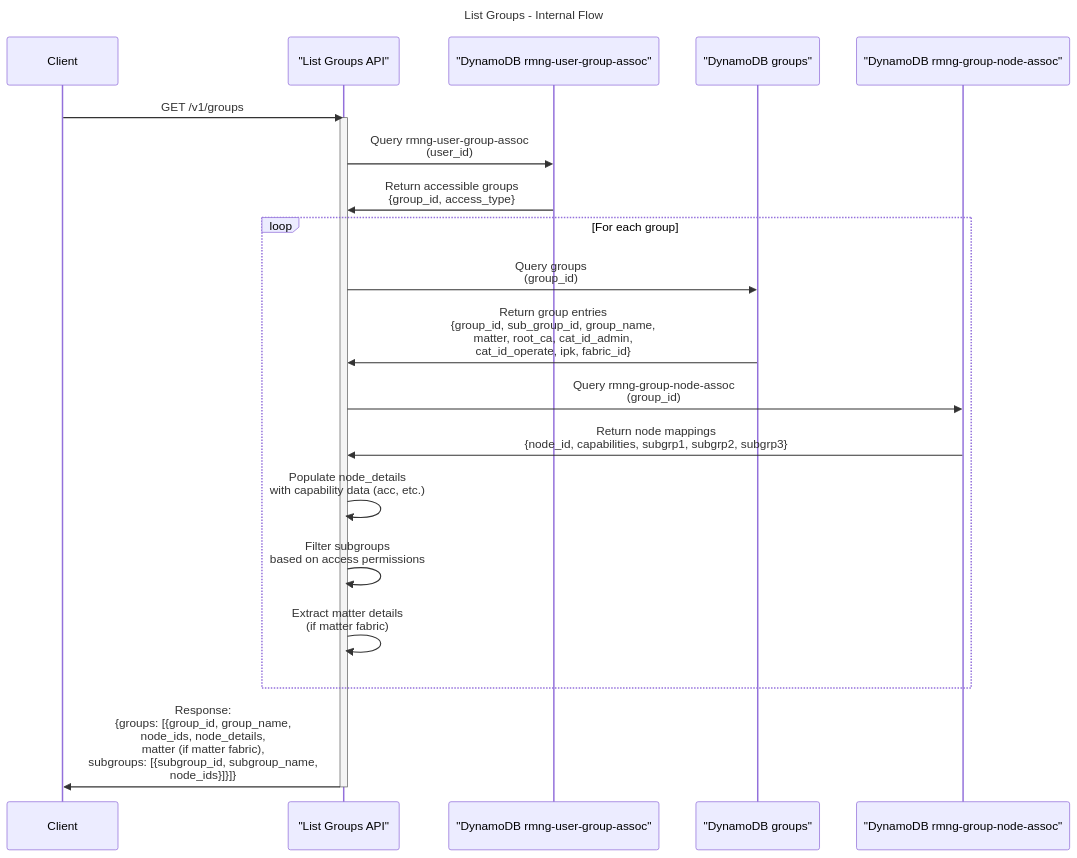
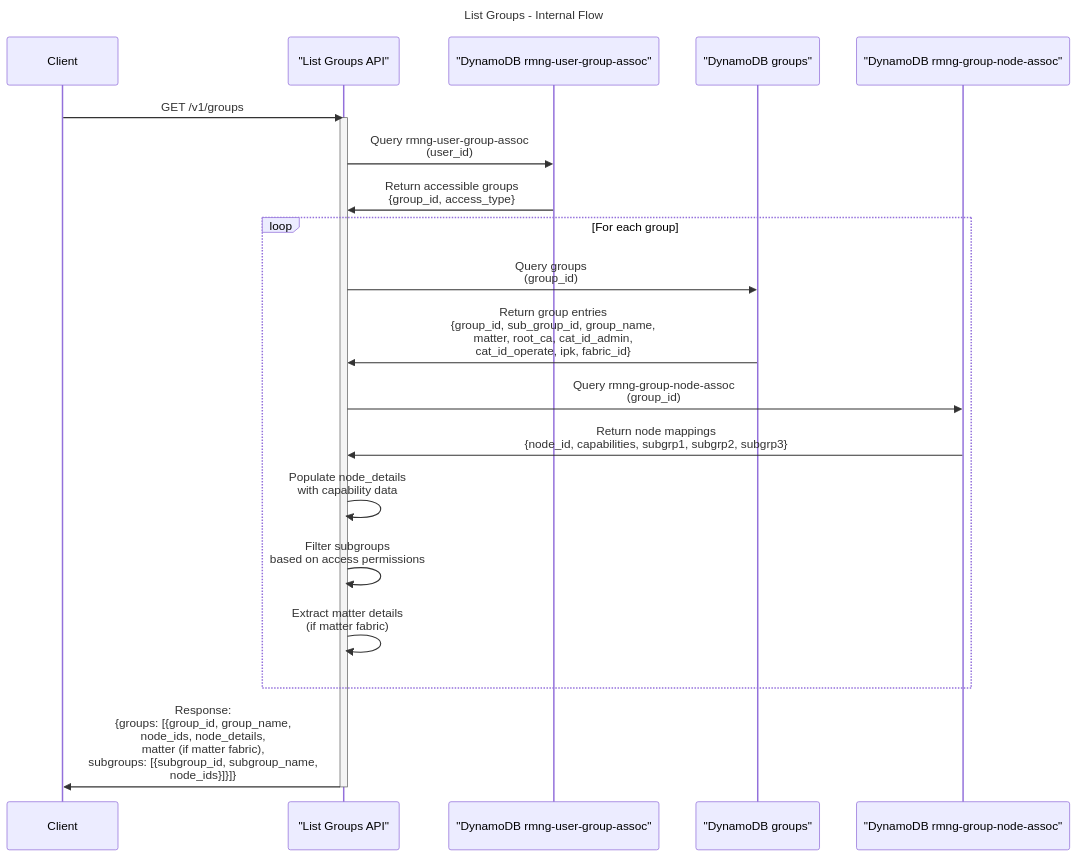
One commit to espressif/esp-rainmaker-neo changed the second of 7 diagrams in docs/en/specs/group.md. Above: the diagram before and after it, drawn with Mermaid. The commit also changed other lines of this file and 9 other files, not shown here.

Commit message:
docs(api): replace the acc capability name with custom_cap

````diff
--- a/docs/en/specs/group.md
+++ b/docs/en/specs/group.md
@@ -397,32 +395,31 @@
 ```mermaid
 sequenceDiagram
     title List Groups - Internal Flow
     
     participant Client
     participant ListAPI as "List Groups API"
     participant UserGroupDB as "DynamoDB rmng-user-group-assoc"
     participant GroupDB as "DynamoDB groups"
     participant GroupNodeDB as "DynamoDB rmng-group-node-assoc"
     
     Client->>ListAPI: GET /v1/groups
     activate ListAPI
     
     ListAPI->>UserGroupDB: Query rmng-user-group-assoc<br/>(user_id)
     UserGroupDB->>ListAPI: Return accessible groups<br/>{group_id, access_type}
     
     loop For each group
         ListAPI->>GroupDB: Query groups<br/>(group_id)
         GroupDB->>ListAPI: Return group entries<br/>{group_id, sub_group_id, group_name,<br/>matter, root_ca, cat_id_admin,<br/>cat_id_operate, ipk, fabric_id}
         
         ListAPI->>GroupNodeDB: Query rmng-group-node-assoc<br/>(group_id)
         GroupNodeDB->>ListAPI: Return node mappings<br/>{node_id, capabilities, subgrp1, subgrp2, subgrp3}
-        
-        ListAPI->>ListAPI: Populate node_details<br/>with capability data (acc, etc.)
+        ListAPI->>ListAPI: Populate node_details<br/>with capability data
         ListAPI->>ListAPI: Filter subgroups<br/>based on access permissions
         ListAPI->>ListAPI: Extract matter details<br/>(if matter fabric)
     end
     
     ListAPI->>Client: Response:<br/>{groups: [{group_id, group_name,<br/>node_ids, node_details,<br/>matter (if matter fabric),<br/>subgroups: [{subgroup_id, subgroup_name,<br/>node_ids}]}]}
     
     deactivate ListAPI
 ```
````
